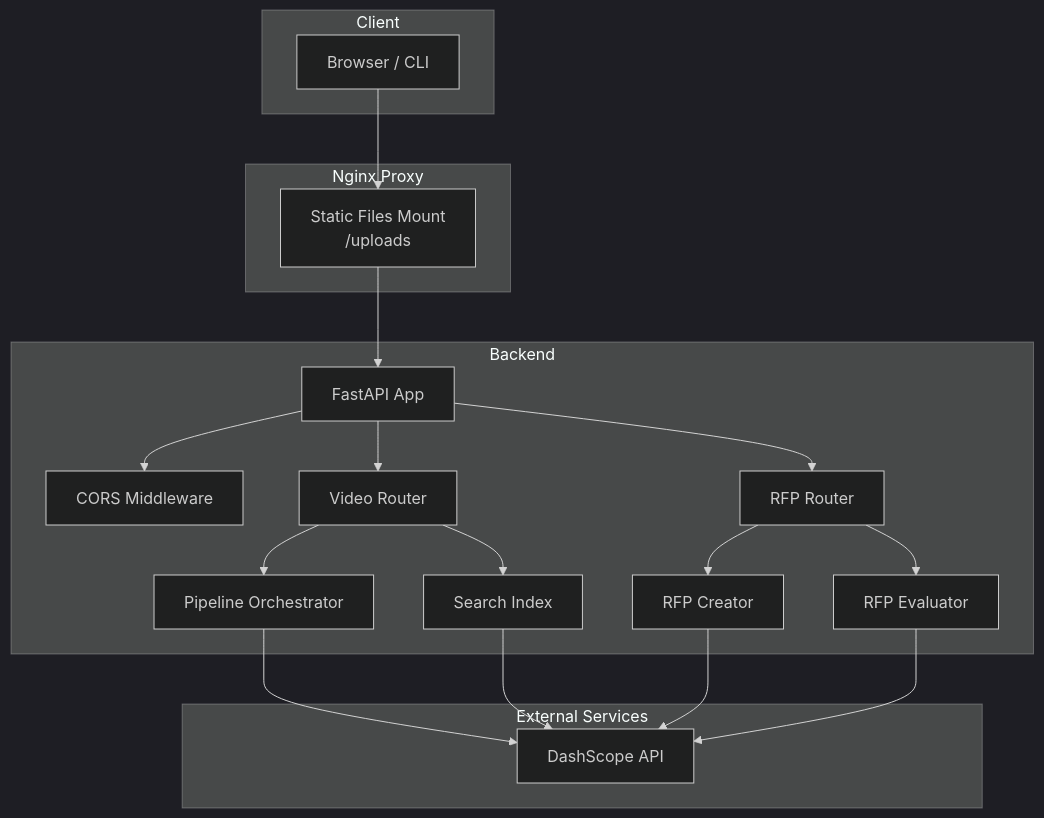
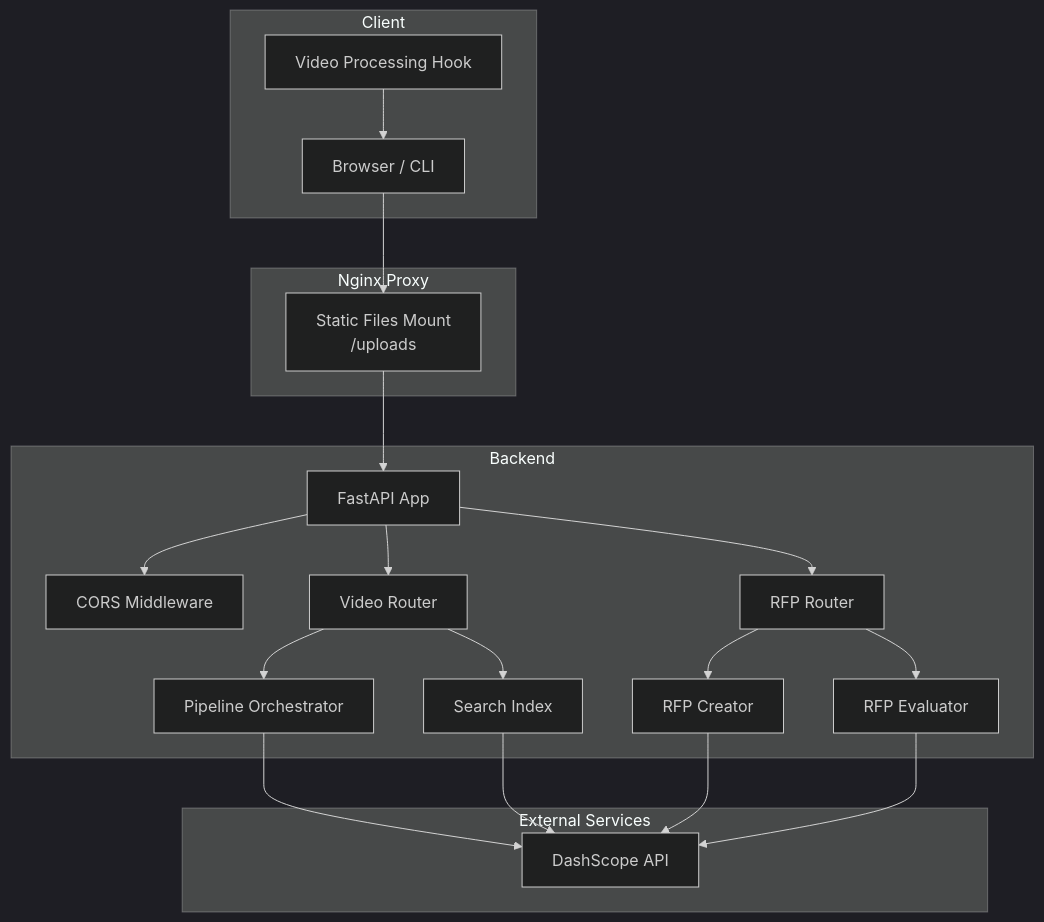
One commit to alexandreybasta-cyber/dubai-media-ai changed the second of 3 diagrams in .qoder/repowiki/en/content/Backend API Reference/Backend API Reference.md. Above: the diagram before and after it, drawn with Mermaid (dark theme). The commit also changed other lines of this file and 19 other files, not shown here.

````diff
--- a/.qoder/repowiki/en/content/Backend API Reference/Backend API Reference.md
+++ b/.qoder/repowiki/en/content/Backend API Reference/Backend API Reference.md
@@ -96,35 +107,37 @@
 ```mermaid
 graph TB
 subgraph "Client"
 FE["Browser / CLI"]
+UEP["Video Processing Hook"]
 end
 subgraph "Nginx Proxy"
 NG["Static Files Mount<br/>/uploads"]
 end
 subgraph "Backend"
 APP["FastAPI App"]
 CORS["CORS Middleware"]
 VR["Video Router"]
 RR["RFP Router"]
 ORCH["Pipeline Orchestrator"]
 SI["Search Index"]
 RFC["RFP Creator"]
 RFE["RFP Evaluator"]
 end
 subgraph "External Services"
 DS["DashScope API"]
 end
 FE --> NG
 NG --> APP
+UEP --> FE
 APP --> CORS
 APP --> VR
 APP --> RR
 VR --> ORCH
 VR --> SI
 RR --> RFC
 RR --> RFE
 ORCH --> DS
 SI --> DS
 RFC --> DS
 RFE --> DS
 ```
````
